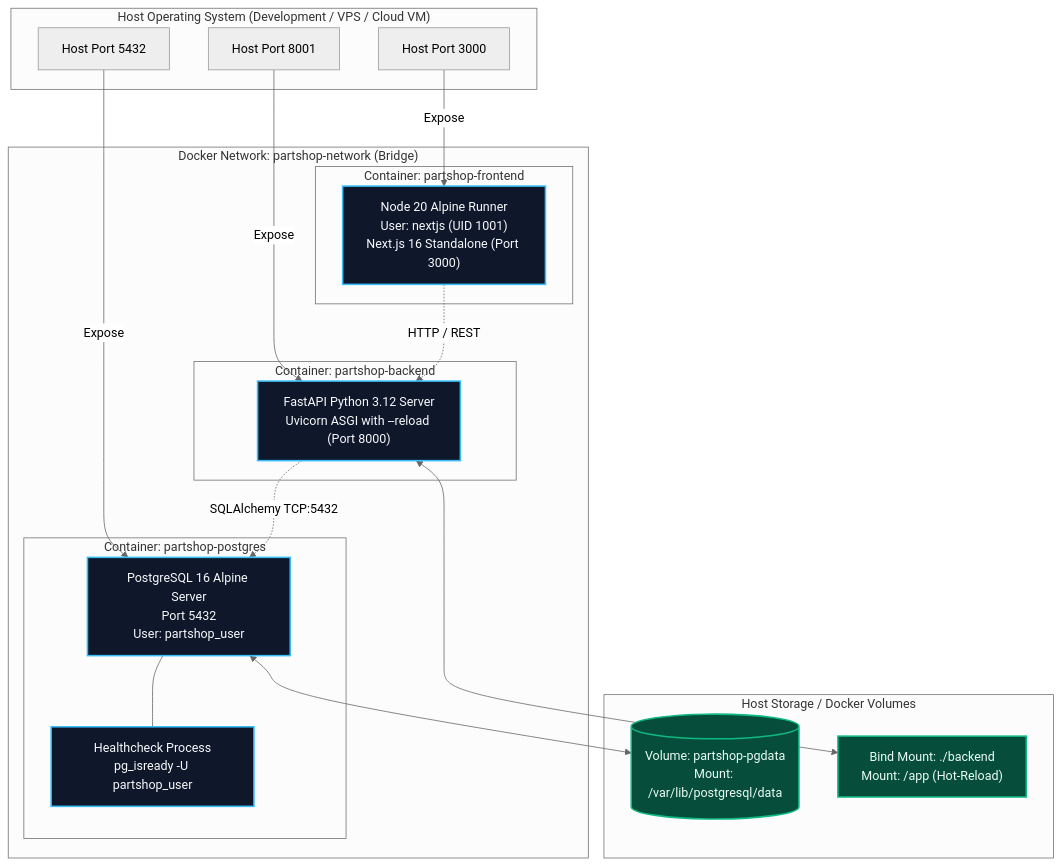
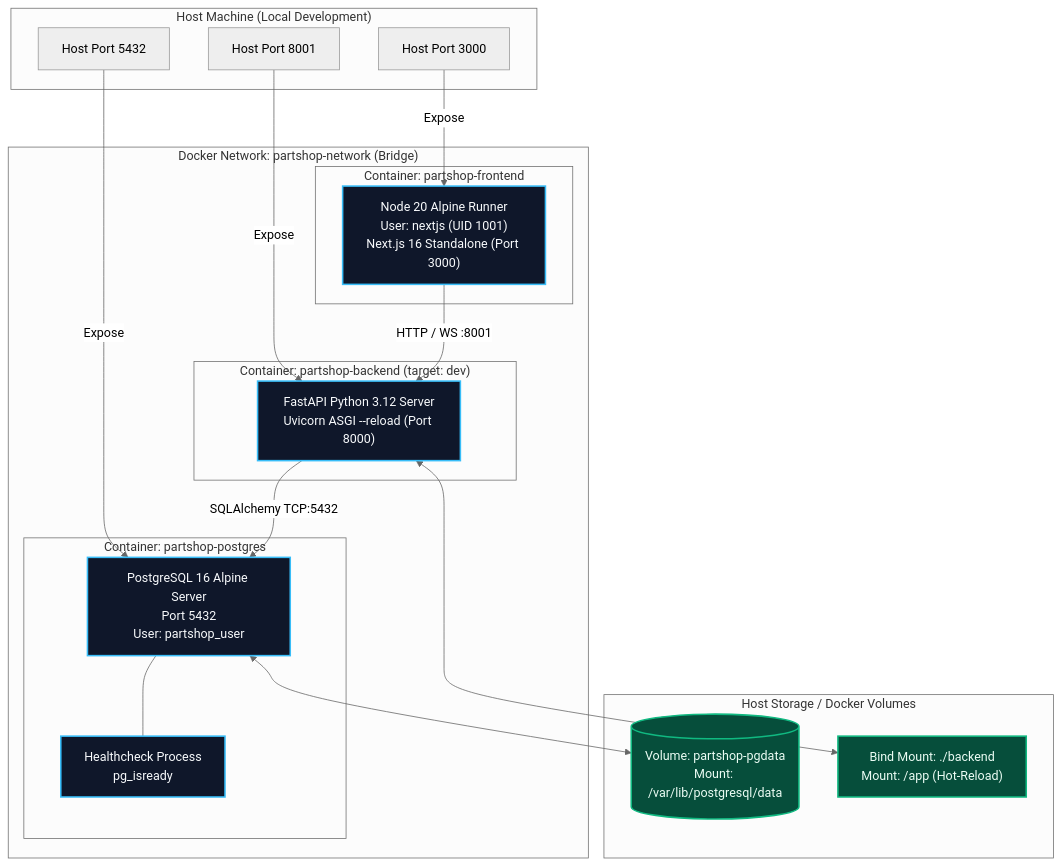
The first of 4 diagrams in docs/docker-architecture.md (biswajit-rout/PartShop), drawn with Mermaid (neutral theme) before and after one commit. The commit also changed other lines of this file and 51 other files, not shown here.

````diff
--- a/docs/docker-architecture.md
+++ b/docs/docker-architecture.md
@@ -27,46 +33,45 @@
 ```mermaid
 flowchart TD
-    subgraph HostSystem["Host Operating System (Development / VPS / Cloud VM)"]
+    subgraph HostSystem["Host Machine (Local Development)"]
         HostPort3000["Host Port 3000"]
         HostPort5432["Host Port 5432"]
         HostPort8001["Host Port 8001"]
     end
 
     subgraph BridgeNetwork["Docker Network: partshop-network (Bridge)"]
         subgraph FrontendService["Container: partshop-frontend"]
             NextServer["Node 20 Alpine Runner<br/>User: nextjs (UID 1001)<br/>Next.js 16 Standalone (Port 3000)"]
         end
 
         subgraph PostgresService["Container: partshop-postgres"]
             PGCore["PostgreSQL 16 Alpine Server<br/>Port 5432<br/>User: partshop_user"]
-            HealthCheck["Healthcheck Process<br/>pg_isready -U partshop_user"]
+            HealthCheck["Healthcheck Process<br/>pg_isready"]
         end
 
-        subgraph BackendService["Container: partshop-backend"]
-            FastAPICore["FastAPI Python 3.12 Server<br/>Uvicorn ASGI with --reload (Port 8000)"]
+        subgraph BackendService["Container: partshop-backend (target: dev)"]
+            FastAPICore["FastAPI Python 3.12 Server<br/>Uvicorn ASGI --reload (Port 8000)"]
         end
     end
 
     subgraph PersistentVolumes["Host Storage / Docker Volumes"]
         PGVolume[("Volume: partshop-pgdata<br/>Mount: /var/lib/postgresql/data")]
         DevMount["Bind Mount: ./backend<br/>Mount: /app (Hot-Reload)"]
     end
 
     HostPort3000 -->|Expose| NextServer
     HostPort5432 -->|Expose| PGCore
     HostPort8001 -->|Expose| FastAPICore
 
     PGCore <--> PGVolume
     FastAPICore <--> DevMount
     PGCore --- HealthCheck
 
-    %% Inter-service communication
-    NextServer -.->|HTTP / REST| FastAPICore
-    FastAPICore -.->|SQLAlchemy TCP:5432| PGCore
+    NextServer -->|HTTP / WS :8001| FastAPICore
+    FastAPICore -->|SQLAlchemy TCP:5432| PGCore
 
     classDef active fill:#0f172a,stroke:#38bdf8,stroke-width:2px,color:#f8fafc;
     classDef storage fill:#064e3b,stroke:#10b981,stroke-width:2px,color:#ecfdf5;
-    
+
     class NextServer,PGCore,HealthCheck,FastAPICore active;
     class PGVolume,DevMount storage;
 ```
````
